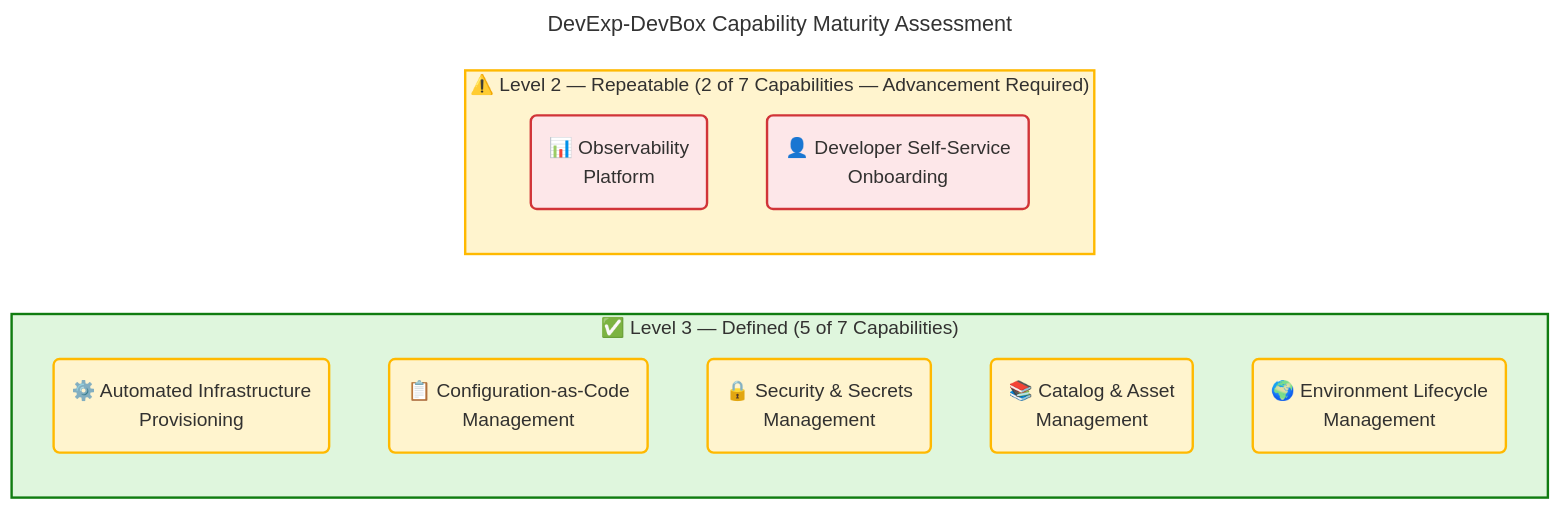
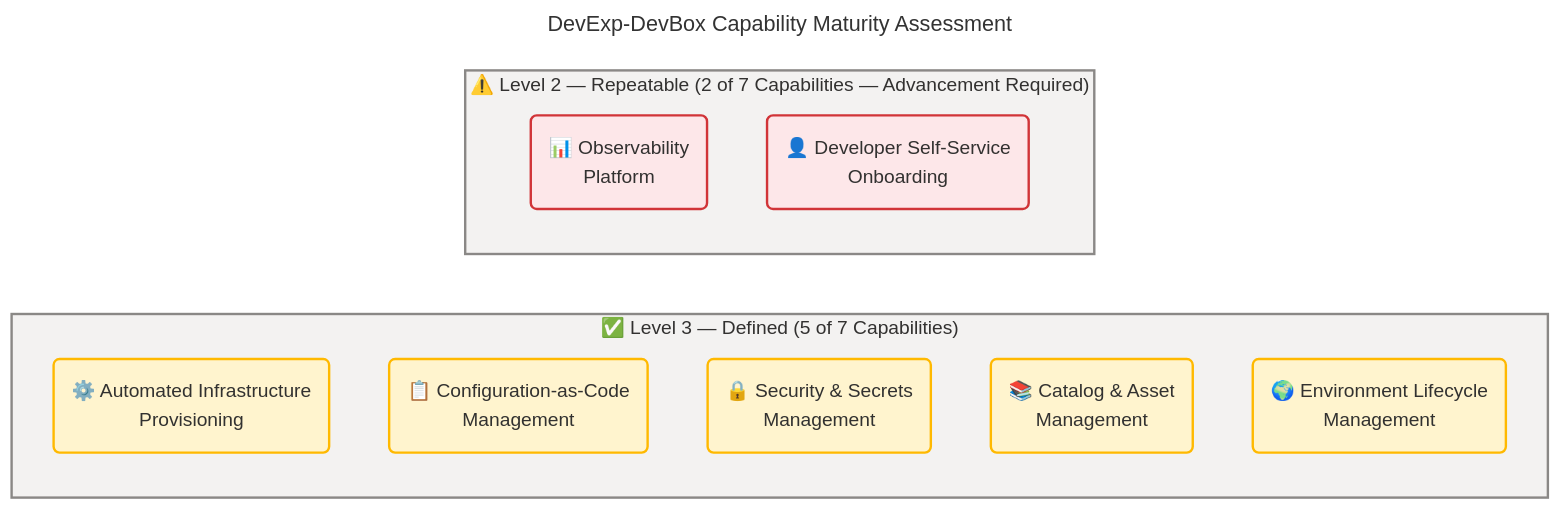
Before and after one commit to Evilazaro/DevExp-DevBox: the fourth of 7 diagrams in docs/architecture/business-architecture.md, drawn with Mermaid. The commit also changed other lines of this file and 2 other files, not shown here.

Commit message:
refactor: Update Mermaid diagram styles for improved visual consistency across architecture documents

````diff
--- a/docs/architecture/business-architecture.md
+++ b/docs/architecture/business-architecture.md
@@ -519,46 +519,46 @@
 ```mermaid
 ---
 title: DevExp-DevBox Capability Maturity Assessment
 config:
   theme: base
   look: classic
   layout: dagre
   themeVariables:
     fontSize: '16px'
   flowchart:
     htmlLabels: true
 ---
 flowchart LR
     accTitle: DevExp-DevBox Capability Maturity Assessment
     accDescr: Heatmap-style assessment of all 7 business capabilities grouped by maturity level; yellow nodes indicate Level 3 Defined, red nodes indicate Level 2 Repeatable requiring advancement.
 
     %% ═══════════════════════════════════════════════════════════════════════════
     %% AZURE / FLUENT ARCHITECTURE PATTERN v1.1
     %% (Semantic + Structural + Font + Accessibility Governance)
     %% ═══════════════════════════════════════════════════════════════════════════
     %% PHASE 1 - FLUENT UI: All styling uses approved Fluent UI palette only
     %% PHASE 2 - GROUPS: Every subgraph has semantic color via style directive
     %% PHASE 3 - COMPONENTS: Every node has semantic classDef + icon prefix
     %% PHASE 4 - ACCESSIBILITY: accTitle/accDescr present, WCAG AA contrast
     %% PHASE 5 - STANDARD: Governance block present, classDefs centralized
     %% ═══════════════════════════════════════════════════════════════════════════
 
     subgraph defined["✅ Level 3 — Defined  (5 of 7 Capabilities)"]
         cap1("⚙️ Automated Infrastructure<br/>Provisioning"):::warning
         cap2("📋 Configuration-as-Code<br/>Management"):::warning
         cap3("🔒 Security & Secrets<br/>Management"):::warning
         cap6("📚 Catalog & Asset<br/>Management"):::warning
         cap7("🌍 Environment Lifecycle<br/>Management"):::warning
     end
 
     subgraph repeatable["⚠️ Level 2 — Repeatable  (2 of 7 Capabilities — Advancement Required)"]
         cap4("📊 Observability<br/>Platform"):::danger
         cap5("👤 Developer Self-Service<br/>Onboarding"):::danger
     end
 
-    style defined fill:#DFF6DD,stroke:#107C10,stroke-width:2px,color:#323130
-    style repeatable fill:#FFF4CE,stroke:#FFB900,stroke-width:2px,color:#323130
+    style defined fill:#F3F2F1,stroke:#8A8886,stroke-width:2px,color:#323130
+    style repeatable fill:#F3F2F1,stroke:#8A8886,stroke-width:2px,color:#323130
 
     classDef warning fill:#FFF4CE,stroke:#FFB900,stroke-width:2px,color:#323130
     classDef danger fill:#FDE7E9,stroke:#D13438,stroke-width:2px,color:#323130
 ```
````
